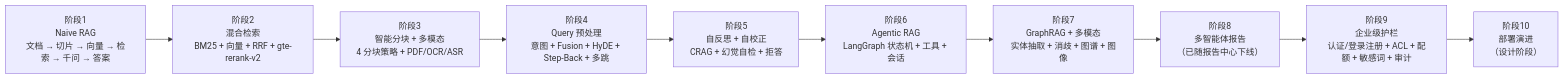
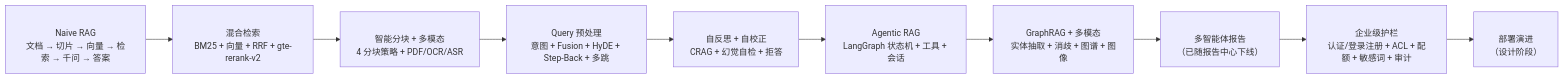
One commit to lzptouch/Kquery changed the first of 10 diagrams in doc/analysis/阶段架构.md. Above: the diagram before and after it, drawn with Mermaid. The commit also changed other lines of this file and 219 other files, not shown here.

````diff
--- a/doc/analysis/阶段架构.md
+++ b/doc/analysis/阶段架构.md
@@ -28,15 +28,15 @@
 ```mermaid
 flowchart LR
-    S1["阶段1<br/>Naive RAG<br/>文档 → 切片 → 向量 → 检索 → 千问 → 答案"]
-    S2["阶段2<br/>混合检索<br/>BM25 + 向量 + RRF + gte-rerank-v2"]
-    S3["阶段3<br/>智能分块 + 多模态<br/>4 分块策略 + PDF/OCR/ASR"]
-    S4["阶段4<br/>Query 预处理<br/>意图 + Fusion + HyDE + Step-Back + 多跳"]
-    S5["阶段5<br/>自反思 + 自校正<br/>CRAG + 幻觉自检 + 拒答"]
-    S6["阶段6<br/>Agentic RAG<br/>LangGraph 状态机 + 工具 + 会话"]
-    S7["阶段7<br/>GraphRAG + 多模态<br/>实体抽取 + 消歧 + 图谱 + 图像"]
-    S8["阶段8<br/>多智能体报告<br/>（已随报告中心下线）"]
-    S9["阶段9<br/>企业级护栏<br/>认证/登录注册 + ACL + 配额 + 敏感词 + 审计"]
-    S10["阶段10<br/>部署演进<br/>（设计阶段）"]
+    S1["<br/>Naive RAG<br/>文档 → 切片 → 向量 → 检索 → 千问 → 答案"]
+    S2["<br/>混合检索<br/>BM25 + 向量 + RRF + gte-rerank-v2"]
+    S3["<br/>智能分块 + 多模态<br/>4 分块策略 + PDF/OCR/ASR"]
+    S4["<br/>Query 预处理<br/>意图 + Fusion + HyDE + Step-Back + 多跳"]
+    S5["<br/>自反思 + 自校正<br/>CRAG + 幻觉自检 + 拒答"]
+    S6["<br/>Agentic RAG<br/>LangGraph 状态机 + 工具 + 会话"]
+    S7["<br/>GraphRAG + 多模态<br/>实体抽取 + 消歧 + 图谱 + 图像"]
+    S8["<br/>多智能体报告<br/>（已随报告中心下线）"]
+    S9["<br/>企业级护栏<br/>认证/登录注册 + ACL + 配额 + 敏感词 + 审计"]
+    S10["<br/>部署演进<br/>（设计阶段）"]
     
     S1 --> S2 --> S3 --> S4 --> S5 --> S6 --> S7 --> S8 --> S9 --> S10
 ```
````
